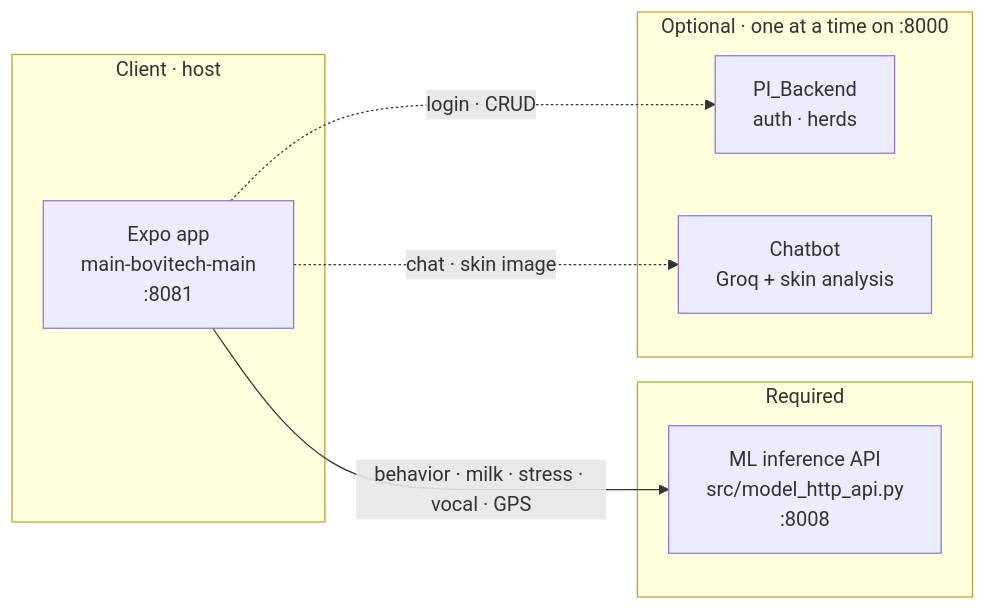
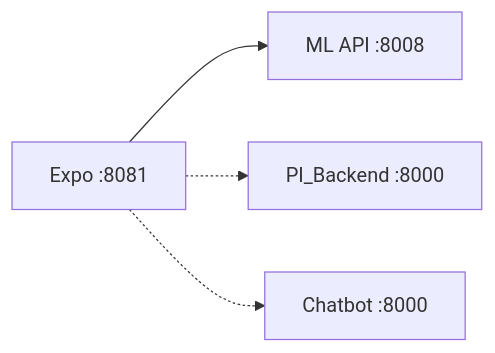
One commit to Bovitech/Esprit-PI-3IA5-25265-Bovitech changed the diagram in README.md. Above: the diagram before and after it, drawn with Mermaid. The commit also changed other lines of this file and 1 other file, not shown here.

````diff
--- a/README.md
+++ b/README.md
@@ -25,16 +78,10 @@
 ```mermaid
 flowchart LR
-    subgraph client [Client · host]
-        Expo["Expo app<br/>main-bovitech-main<br/>:8081"]
-    end
-    subgraph core [Required]
-        API["ML inference API<br/>src/model_http_api.py<br/>:8008"]
-    end
-    subgraph optional [Optional · one at a time on :8000]
-        PI["PI_Backend<br/>auth · herds"]
-        CB["Chatbot<br/>Groq + skin analysis"]
-    end
-    Expo -->|"behavior · milk · stress · vocal · GPS"| API
-    Expo -.->|"login · CRUD"| PI
-    Expo -.->|"chat · skin image"| CB
+    Expo["Expo :8081"]
+    API["ML API :8008"]
+    PI["PI_Backend :8000"]
+    Chat["Chatbot :8000"]
+    Expo --> API
+    Expo -.-> PI
+    Expo -.-> Chat
 ```
````
